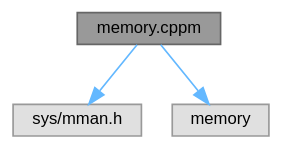
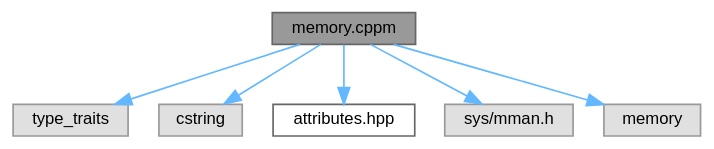
Before and after one commit to ekmett/ein: the diagram in memory_8cppm__incl.dot, drawn with Graphviz. The commit also changed 38 other files, not shown here.

```diff
--- a/memory_8cppm__incl.dot
+++ b/memory_8cppm__incl.dot
@@ -1,13 +1,19 @@
 digraph "memory.cppm"
 {
  // INTERACTIVE_SVG=YES
  // LATEX_PDF_SIZE
   bgcolor="transparent";
   edge [fontname=Helvetica,fontsize=10,labelfontname=Helvetica,labelfontsize=10];
   node [fontname=Helvetica,fontsize=10,shape=box,height=0.2,width=0.4];
   Node1 [id="Node000001",label="memory.cppm",height=0.2,width=0.4,color="gray40", fillcolor="grey60", style="filled", fontcolor="black",tooltip=" "];
   Node1 -> Node2 [id="edge1_Node000001_Node000002",color="steelblue1",style="solid",tooltip=" "];
-  Node2 [id="Node000002",label="sys/mman.h",height=0.2,width=0.4,color="grey60", fillcolor="#E0E0E0", style="filled",tooltip=" "];
+  Node2 [id="Node000002",label="type_traits",height=0.2,width=0.4,color="grey60", fillcolor="#E0E0E0", style="filled",tooltip=" "];
   Node1 -> Node3 [id="edge2_Node000001_Node000003",color="steelblue1",style="solid",tooltip=" "];
-  Node3 [id="Node000003",label="memory",height=0.2,width=0.4,color="grey60", fillcolor="#E0E0E0", style="filled",tooltip=" "];
+  Node3 [id="Node000003",label="cstring",height=0.2,width=0.4,color="grey60", fillcolor="#E0E0E0", style="filled",tooltip=" "];
+  Node1 -> Node4 [id="edge3_Node000001_Node000004",color="steelblue1",style="solid",tooltip=" "];
+  Node4 [id="Node000004",label="attributes.hpp",height=0.2,width=0.4,color="grey40", fillcolor="white", style="filled",URL="$attributes_8hpp.html",tooltip="an opinionated subset of clang/gcc attributes"];
+  Node1 -> Node5 [id="edge4_Node000001_Node000005",color="steelblue1",style="solid",tooltip=" "];
+  Node5 [id="Node000005",label="sys/mman.h",height=0.2,width=0.4,color="grey60", fillcolor="#E0E0E0", style="filled",tooltip=" "];
+  Node1 -> Node6 [id="edge5_Node000001_Node000006",color="steelblue1",style="solid",tooltip=" "];
+  Node6 [id="Node000006",label="memory",height=0.2,width=0.4,color="grey60", fillcolor="#E0E0E0", style="filled",tooltip=" "];
 }
```
